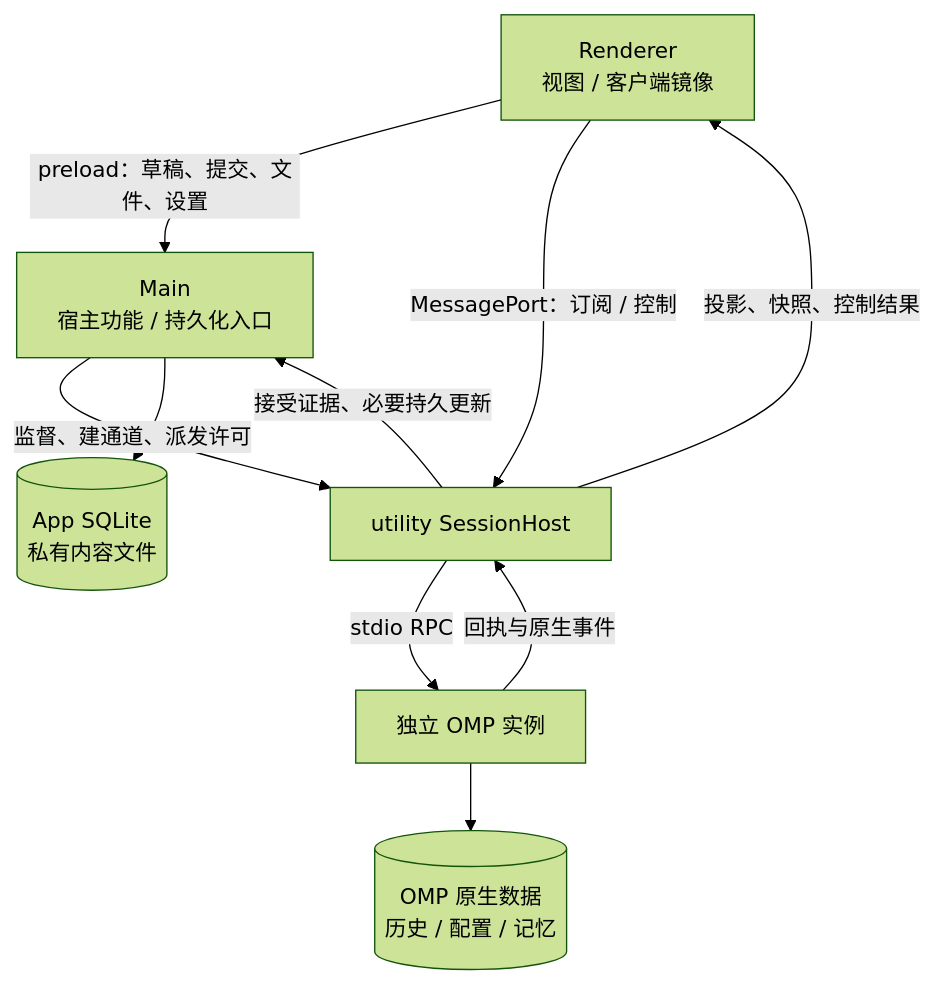
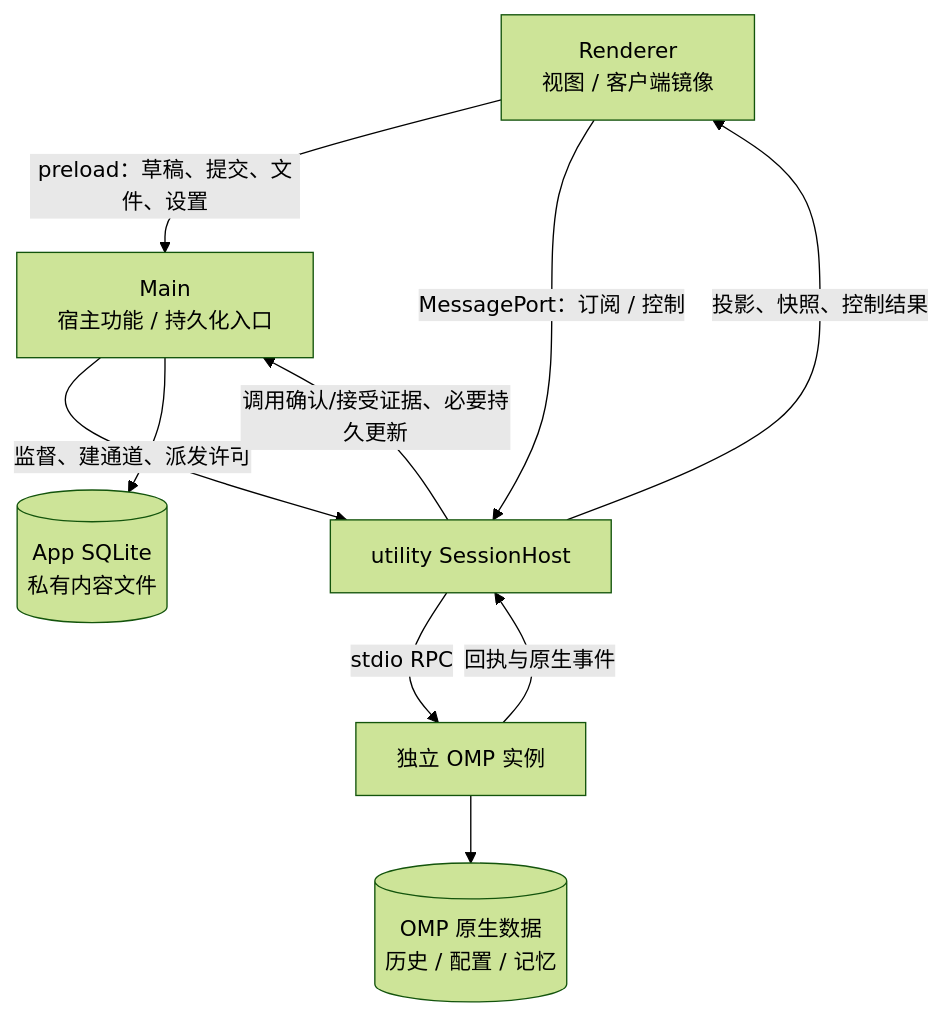
The first of 3 diagrams in docs/architecture/modules/flows.md (LouisGo/d-pi), drawn with Mermaid (forest theme) before and after one commit. The commit also changed other lines of this file and 18 other files, not shown here.

````diff
--- a/docs/architecture/modules/flows.md
+++ b/docs/architecture/modules/flows.md
@@ -7,12 +7,12 @@
 ```mermaid
 flowchart TB
   R["Renderer<br/>视图 / 客户端镜像"] -->|preload：草稿、提交、文件、设置| M["Main<br/>宿主功能 / 持久化入口"]
   M -->|监督、建通道、派发许可| H["utility SessionHost"]
-  H -->|接受证据、必要持久更新| M
+  H -->|调用确认/接受证据、必要持久更新| M
   R -->|MessagePort：订阅 / 控制| H
   H -->|投影、快照、控制结果| R
   M --> S[("App SQLite<br/>私有内容文件")]
   H -->|stdio RPC| O[独立 OMP 实例]
   O -->|回执与原生事件| H
   O --> N[("OMP 原生数据<br/>历史 / 配置 / 记忆")]
 ```
````
